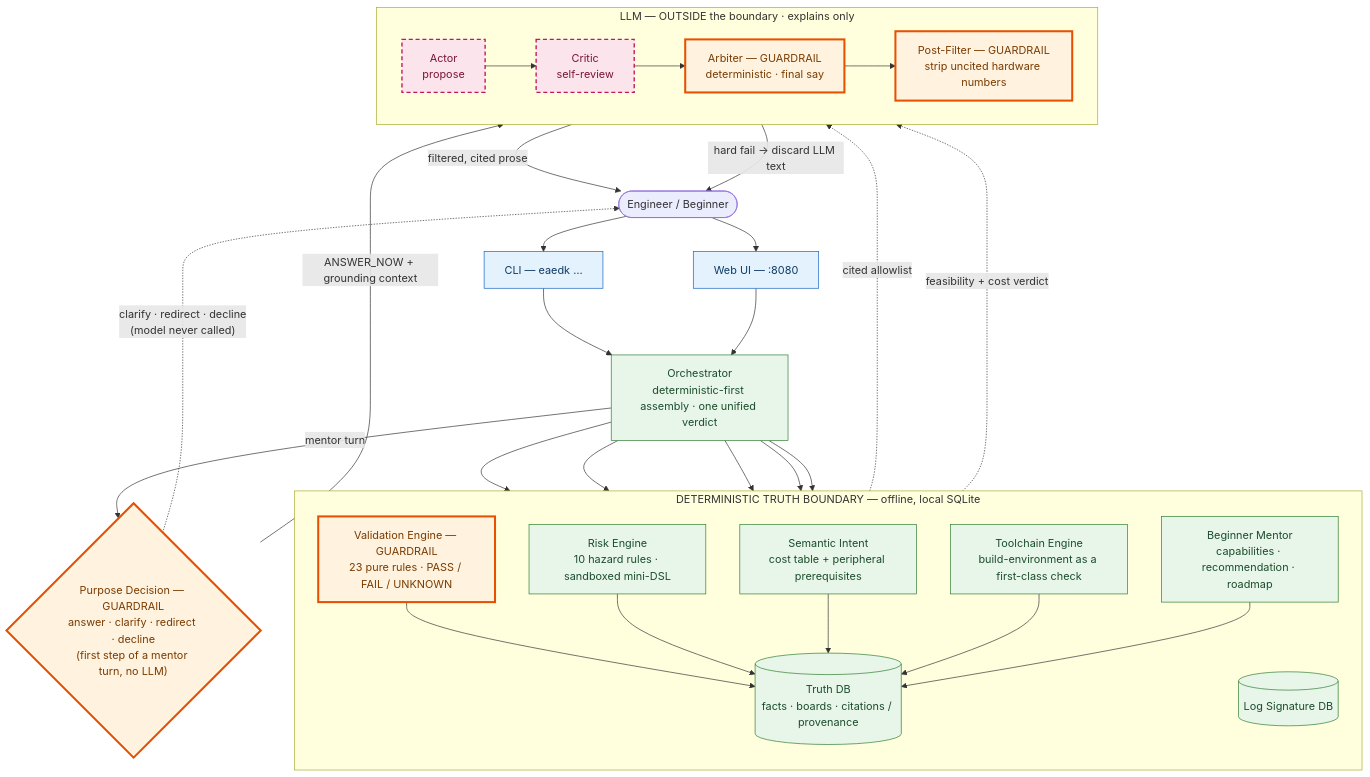
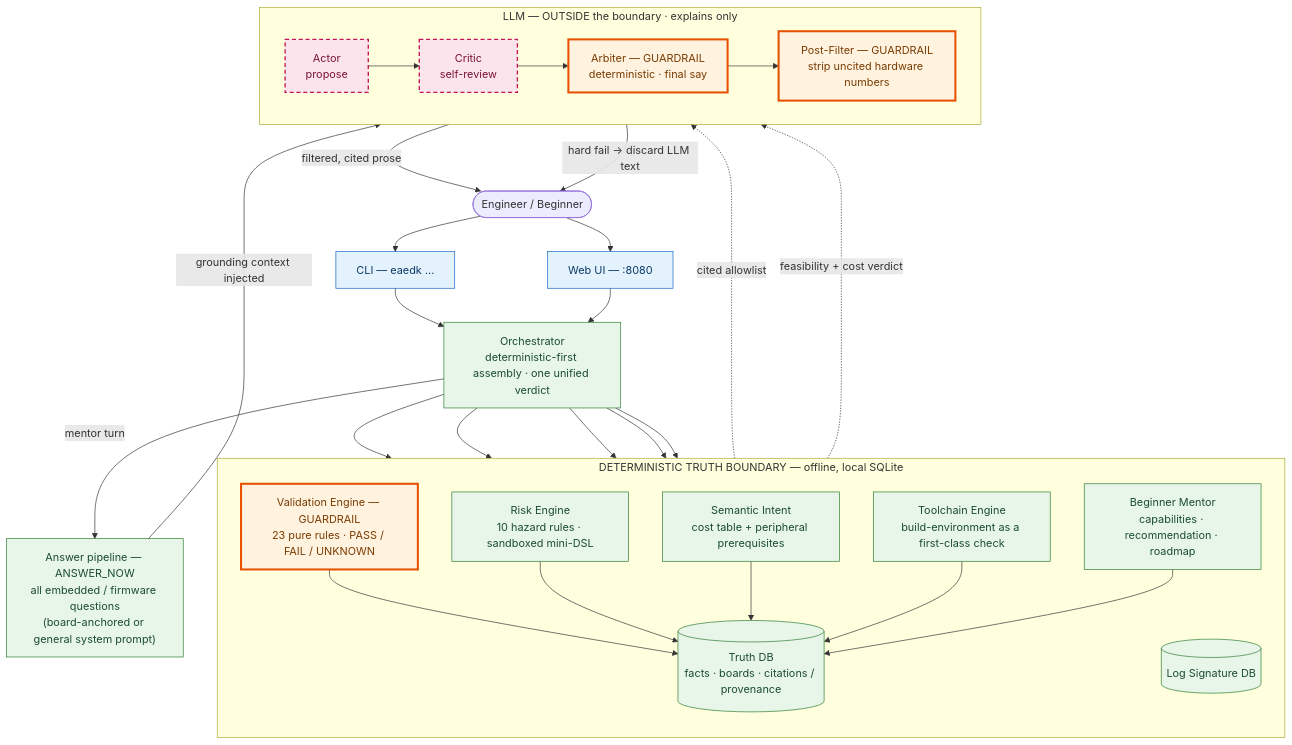
The first of 3 diagrams in README.md (Ashut90/eaedk), drawn with Mermaid before and after one commit. The commit also changed other lines of this file and 21 other files, not shown here.

````diff
--- a/README.md
+++ b/README.md
@@ -165,52 +165,51 @@
 ```mermaid
 flowchart TB
     user([Engineer / Beginner])
     CLI["CLI — eaedk …"]:::door
     WEB["Web UI — :8080"]:::door
     user --> CLI
     user --> WEB
     CLI --> ORCH
     WEB --> ORCH
     ORCH["Orchestrator<br/>deterministic-first assembly · one unified verdict"]:::core
 
     subgraph TRUTH["DETERMINISTIC TRUTH BOUNDARY — offline, local SQLite"]
         direction TB
         VAL["Validation Engine — GUARDRAIL<br/>23 pure rules · PASS / FAIL / UNKNOWN"]:::guard
         RISK["Risk Engine<br/>10 hazard rules · sandboxed mini-DSL"]:::core
         SEM["Semantic Intent<br/>cost table + peripheral prerequisites"]:::core
         TOOL["Toolchain Engine<br/>build-environment as a first-class check"]:::core
         SIG[("Log Signature DB")]:::db
         MENT["Beginner Mentor<br/>capabilities · recommendation · roadmap"]:::core
         DB[("Truth DB<br/>facts · boards · citations / provenance")]:::db
     end
     ORCH --> VAL
     ORCH --> RISK
     ORCH --> SEM
     ORCH --> TOOL
     ORCH --> MENT
     VAL --> DB
     RISK --> DB
     SEM --> DB
     TOOL --> DB
     MENT --> DB
 
-    PURP{"Purpose Decision — GUARDRAIL<br/>answer · clarify · redirect · decline<br/>(first step of a mentor turn, no LLM)"}:::guard
+    PURP["Answer pipeline — ANSWER_NOW<br/>all embedded / firmware questions<br/>(board-anchored or general system prompt)"]:::core
     ORCH -->|mentor turn| PURP
-    PURP -.->|"clarify · redirect · decline<br/>(model never called)"| user
 
     subgraph OUT["LLM — OUTSIDE the boundary · explains only"]
         direction LR
         ACT["Actor<br/>propose"]:::llm --> CRIT["Critic<br/>self-review"]:::llm --> ARB["Arbiter — GUARDRAIL<br/>deterministic · final say"]:::guard --> PF["Post-Filter — GUARDRAIL<br/>strip uncited hardware numbers"]:::guard
     end
-    PURP -->|"ANSWER_NOW + grounding context"| ACT
+    PURP -->|"grounding context injected"| ACT
     DB -.->|cited allowlist| PF
     TRUTH -.->|feasibility + cost verdict| ARB
     PF -->|filtered, cited prose| user
     ARB -->|hard fail → discard LLM text| user
 
     classDef door fill:#e3f2fd,stroke:#1565c0,color:#0d3b66;
     classDef core fill:#e8f5e9,stroke:#2e7d32,color:#1b4d2e;
     classDef db fill:#e8f5e9,stroke:#2e7d32,color:#1b4d2e;
     classDef guard fill:#fff3e0,stroke:#e65100,stroke-width:3px,color:#7a3b00;
     classDef llm fill:#fce4ec,stroke:#c2185b,stroke-width:2px,stroke-dasharray:6 4,color:#7a1438;
 ```
````
